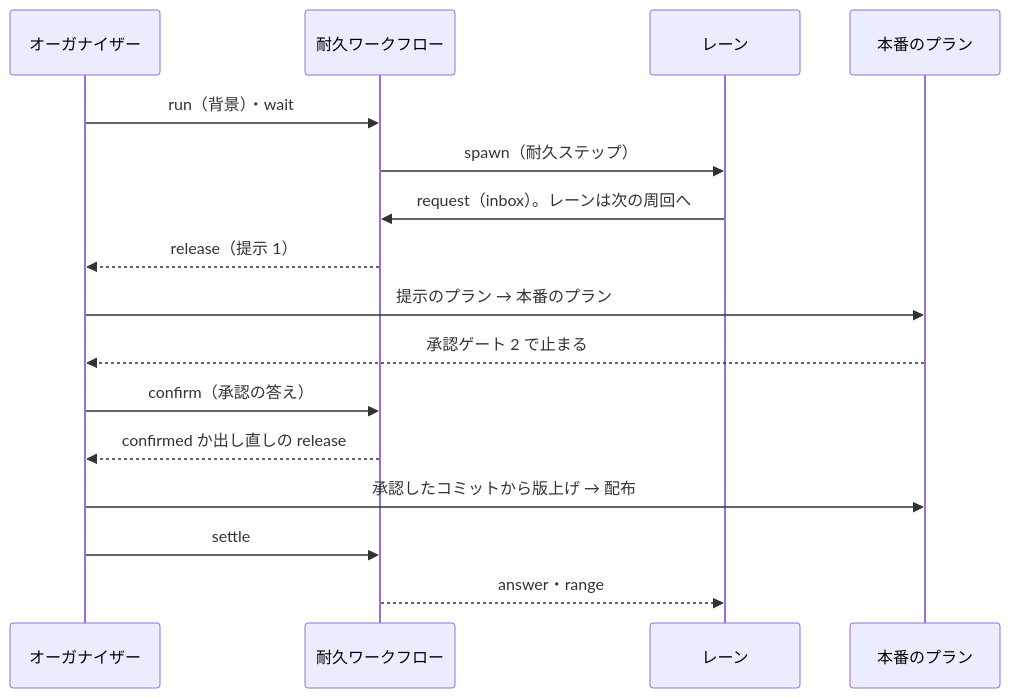
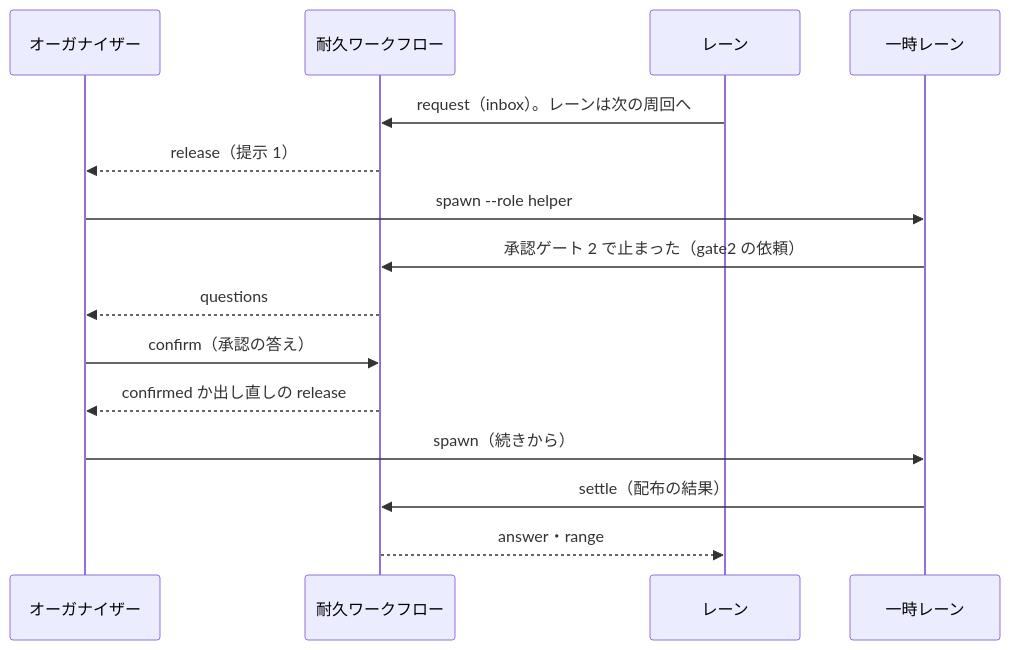
One commit to devbasex/ai-plugins changed the fourth of 6 diagrams in issues/issue-2436-design.md. Above: the diagram before and after it, drawn with Mermaid. The commit also changed other lines of this file and 5 other files, not shown here.

````diff
--- a/issues/issue-2436-design.md
+++ b/issues/issue-2436-design.md
@@ -400,18 +399,17 @@
 ```mermaid
 sequenceDiagram
     participant O as オーガナイザー
     participant W as 耐久ワークフロー
     participant L as レーン
-    participant Q as 本番のプラン
-    O->>W: run（背景）・wait
-    W->>L: spawn（耐久ステップ）
+    participant H as 一時レーン
     L->>W: request（inbox）。レーンは次の周回へ
     W-->>O: release（提示 1）
-    O->>Q: 提示のプラン → 本番のプラン
-    Q-->>O: 承認ゲート 2 で止まる
+    O->>H: spawn --role helper
+    H->>W: 承認ゲート 2 で止まった（gate2 の依頼）
+    W-->>O: questions
     O->>W: confirm（承認の答え）
     W-->>O: confirmed か出し直しの release
-    O->>Q: 承認したコミットから版上げ → 配布
-    O->>W: settle
+    O->>H: spawn（続きから）
+    H->>W: settle（配布の結果）
     W-->>L: answer・range
 ```
````
